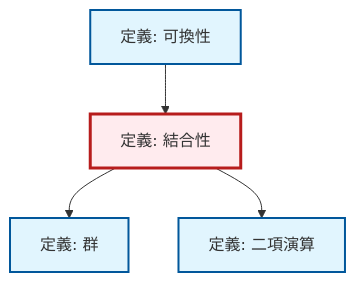
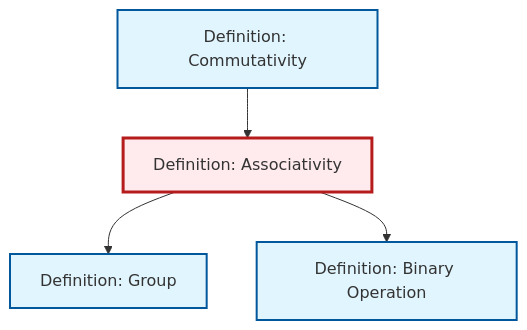
Before and after one commit to RK0429/ModernMath: the diagram in content/ja/algebra/def-associativity.qmd, drawn with Mermaid. The commit also changed 203 other files, not shown here.

````diff
--- a/content/ja/algebra/def-associativity.qmd
+++ b/content/ja/algebra/def-associativity.qmd
@@ -101,20 +101,17 @@
 ```{mermaid}
-%%| fig-cap: "ローカル依存グラフ"
+%%| fig-cap: "Local dependency graph"
 graph TD
     classDef definition fill:#e1f5fe,stroke:#01579b,stroke-width:2px
     classDef theorem fill:#f3e5f5,stroke:#4a148c,stroke-width:2px
     classDef axiom fill:#fff3e0,stroke:#e65100,stroke-width:2px
     classDef example fill:#e8f5e9,stroke:#1b5e20,stroke-width:2px
     classDef current fill:#ffebee,stroke:#b71c1c,stroke-width:3px
-    def-group["定義: 群"]:::definition
-    def-binary-operation["定義: 二項演算"]:::definition
-    def-associativity["定義: 結合性"]:::definition
-    def-commutativity["定義: 可換性"]:::definition
+    def-group["Definition: Group"]:::definition
+    def-binary-operation["Definition: Binary Operation"]:::definition
+    def-associativity["Definition: Associativity"]:::definition
+    def-commutativity["Definition: Commutativity"]:::definition
     def-commutativity --> def-associativity
     def-associativity --> def-group
     def-associativity --> def-binary-operation
     class def-associativity current
-    click def-group "def-group.html" "群の定義へ"
-    click def-binary-operation "def-binary-operation.html" "二項演算の定義へ"
-    click def-commutativity "def-commutativity.html" "可換性の定義へ"
 ```
````
